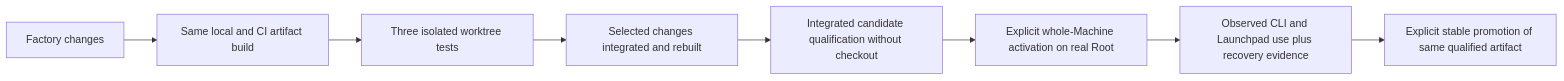
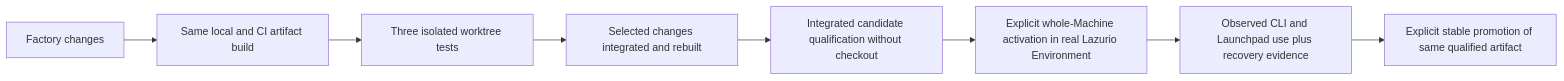
One commit to Lazurio/LazurioFactory changed the diagram in docs/release-cycle.md. Above: the diagram before and after it, drawn with Mermaid. The commit also changed other lines of this file and 10 other files, not shown here.

First line of the commit message:
Architecture: Define Lazurio Environment ownership model

````diff
--- a/docs/release-cycle.md
+++ b/docs/release-cycle.md
@@ -54,10 +54,10 @@
 ```mermaid
 flowchart LR
   S[Factory changes] --> B[Same local and CI artifact build]
   B --> W[Three isolated worktree tests]
   W --> I[Selected changes integrated and rebuilt]
   I --> Q[Integrated candidate qualification without checkout]
-  Q --> A[Explicit whole-Machine activation on real Root]
+  Q --> A[Explicit whole-Machine activation in real Lazurio Environment]
   A --> O[Observed CLI and Launchpad use plus recovery evidence]
   O --> P[Explicit stable promotion of same qualified artifact]
 ```
````
